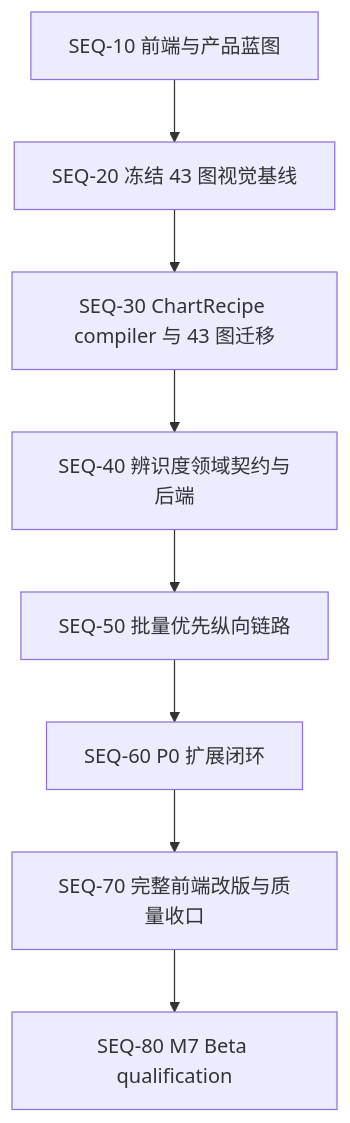
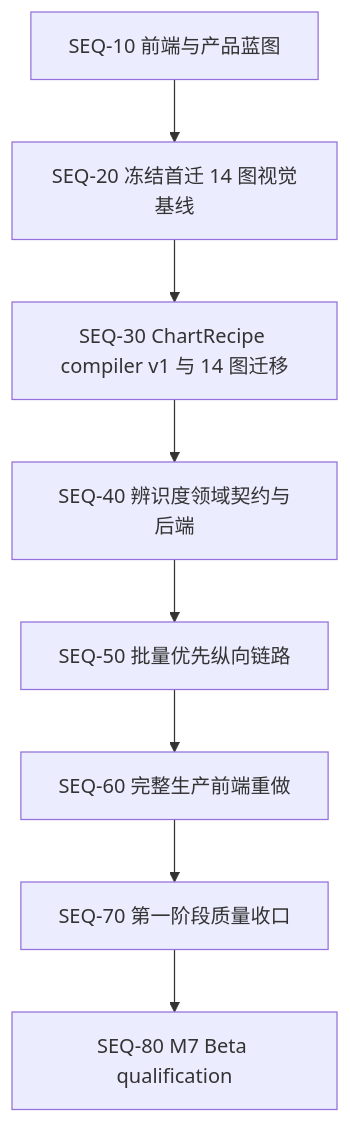
The diagram in docs/FRONTEND-P0-DIFFERENTIATION-SEQUENCE.md (jike370/PlotAgent), drawn with Mermaid before and after one commit. The commit also changed other lines of this file and 8 other files, not shown here.

````diff
--- a/docs/FRONTEND-P0-DIFFERENTIATION-SEQUENCE.md
+++ b/docs/FRONTEND-P0-DIFFERENTIATION-SEQUENCE.md
@@ -46,10 +48,10 @@
 ```mermaid
 flowchart TD
-    S10["SEQ-10 前端与产品蓝图"] --> S20["SEQ-20 冻结 43 图视觉基线"]
-    S20 --> S30["SEQ-30 ChartRecipe compiler 与 43 图迁移"]
+    S10["SEQ-10 前端与产品蓝图"] --> S20["SEQ-20 冻结首迁 14 图视觉基线"]
+    S20 --> S30["SEQ-30 ChartRecipe compiler v1 与 14 图迁移"]
     S30 --> S40["SEQ-40 辨识度领域契约与后端"]
     S40 --> S50["SEQ-50 批量优先纵向链路"]
-    S50 --> S60["SEQ-60 P0 扩展闭环"]
-    S60 --> S70["SEQ-70 完整前端改版与质量收口"]
+    S50 --> S60["SEQ-60 完整生产前端重做"]
+    S60 --> S70["SEQ-70 第一阶段质量收口"]
     S70 --> S80["SEQ-80 M7 Beta qualification"]
 ```
````
